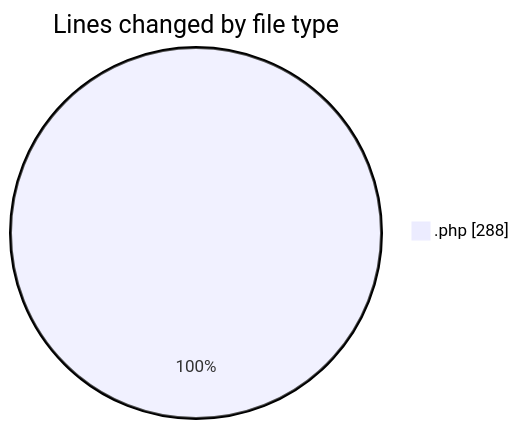
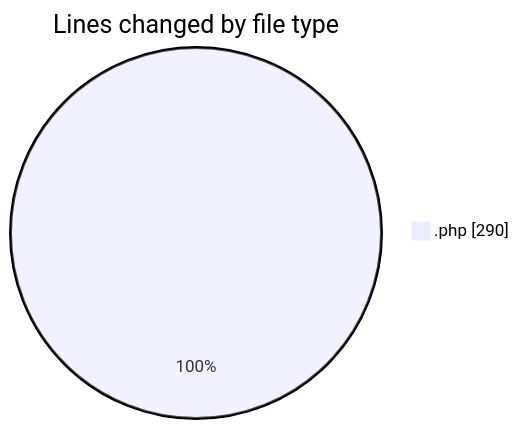
One commit to LanceThiago/code-tracking changed the first of 2 diagrams in 2025-01-06/totem/README.md. Above: the diagram before and after it, drawn with Mermaid. The commit also changed other lines of this file and 1 other file, not shown here.

````diff
--- a/2025-01-06/totem/README.md
+++ b/2025-01-06/totem/README.md
@@ -22,5 +22,5 @@
 ```mermaid
 pie showData
 title Lines changed by file type
-".php" : 288
+".php" : 290
 ```
````
